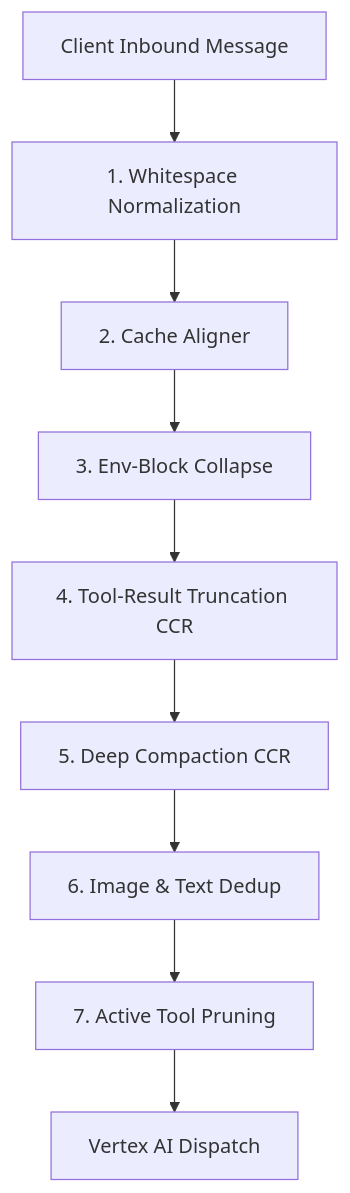
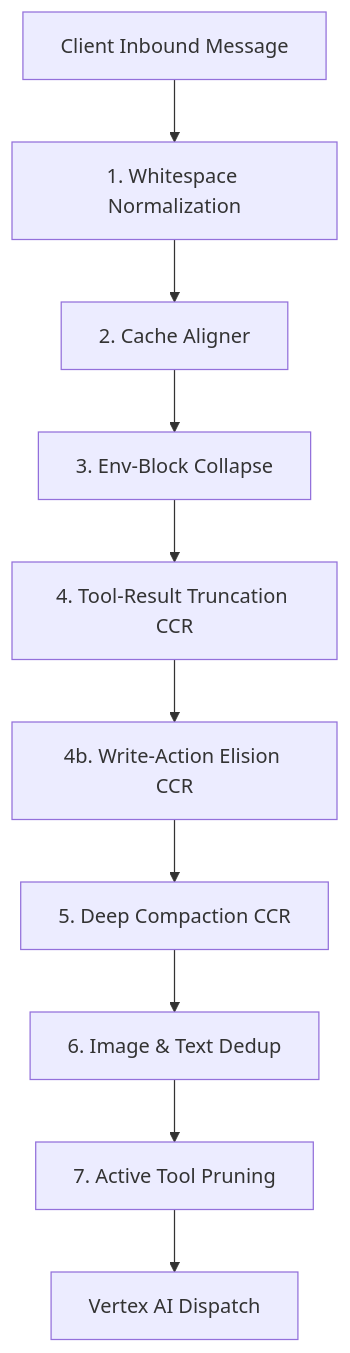
Before and after one commit to f0o/cline-vertex-gw: the diagram in docs/features/optimization.md, drawn with Mermaid. The commit also changed other lines of this file and 8 other files, not shown here.

````diff
--- a/docs/features/optimization.md
+++ b/docs/features/optimization.md
@@ -13,11 +13,12 @@
 ```mermaid
 flowchart TD
     Inbound[Client Inbound Message] --> Stage1[1. Whitespace Normalization]
     Stage1 --> Stage2[2. Cache Aligner]
     Stage2 --> Stage3[3. Env-Block Collapse]
     Stage3 --> Stage4[4. Tool-Result Truncation CCR]
-    Stage4 --> Stage5[5. Deep Compaction CCR]
+    Stage4 --> Stage4b[4b. Write-Action Elision CCR]
+    Stage4b --> Stage5[5. Deep Compaction CCR]
     Stage5 --> Stage6[6. Image & Text Dedup]
     Stage6 --> Stage7[7. Active Tool Pruning]
     Stage7 --> Outbound[Vertex AI Dispatch]
 ```
````
